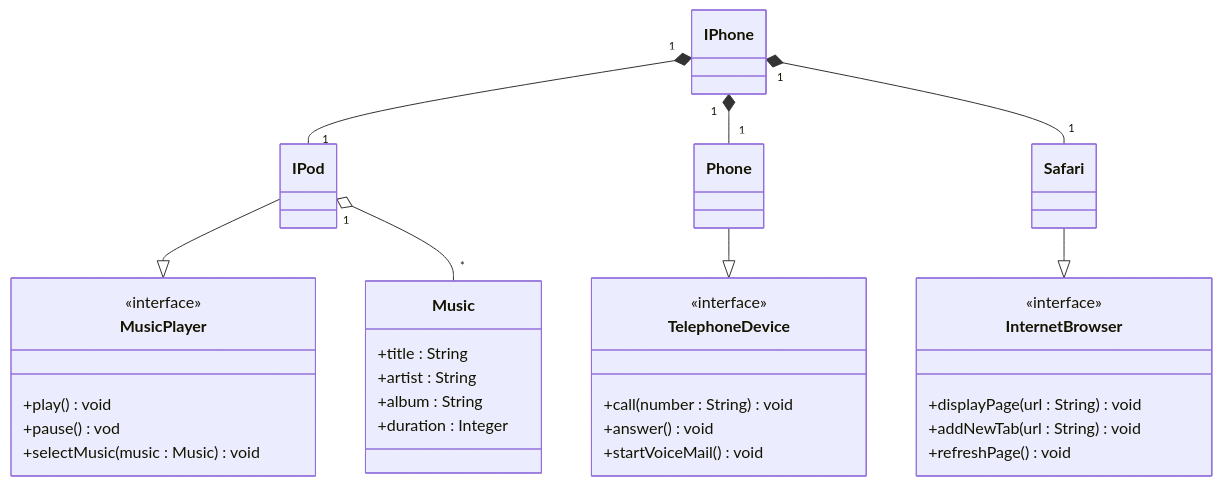
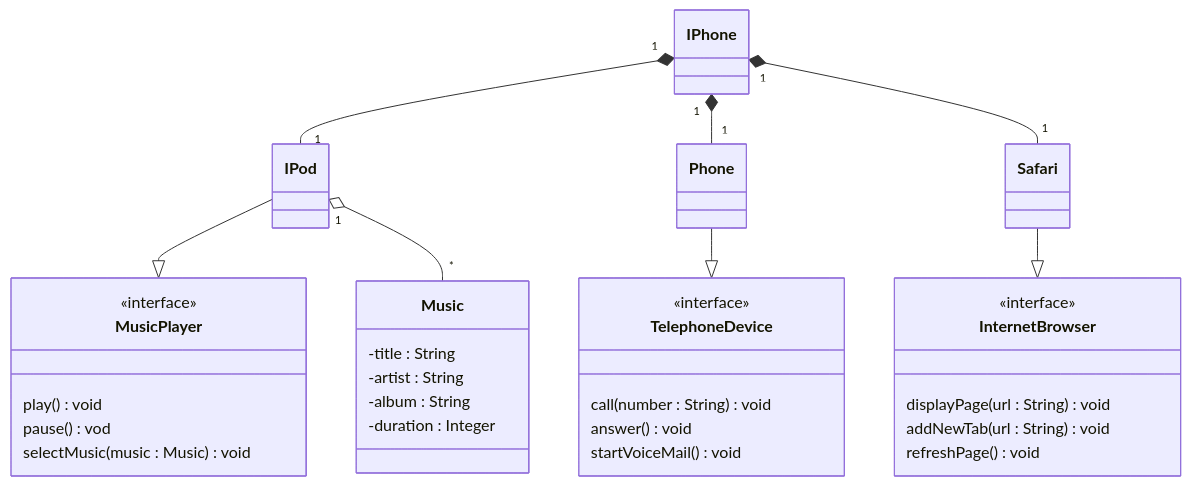
Before and after one commit to kauassilva/dio-lab-poo-iphone: the diagram in README.md, drawn with Mermaid.

````diff
--- a/README.md
+++ b/README.md
@@ -8,38 +8,38 @@
 ```mermaid
 classDiagram
 
-  class Music {
-				+title : String
-				+artist : String
-				+album : String
-				+duration : Integer
-		}
+	class Music {
+		-title : String
+		-artist : String
+		-album : String
+		-duration : Integer
+	}
 	  class MusicPlayer {
-			  <<interface>>
-	      +play() void
-	      +pause() vod
-	      +selectMusic(music : Music) void
+	  	<<interface>>
+	      	play() void
+	      	pause() vod
+	      	selectMusic(music : Music) void
 	  }
 	  class TelephoneDevice {
-			  <<interface>>
-	      +call(number : String) void
-	      +answer() void
-	      +startVoiceMail() void
+		<<interface>>
+	      	call(number : String) void
+	      	answer() void
+	      	startVoiceMail() void
 	  }
 	  class InternetBrowser {
-			  <<interface>>
-	      +displayPage(url : String) void
-	      +addNewTab(url : String) void
-	      +refreshPage() void
+		<<interface>>
+	      	displayPage(url : String) void
+	      	addNewTab(url : String) void
+	      	refreshPage() void
 	  }
-	  
+  
 	  IPod --|> MusicPlayer
 	  IPod "1" o-- "*" Music
 	  
 	  Phone --|> TelephoneDevice
 	  Safari --|> InternetBrowser
 	  
 	  IPhone "1" *-- "1" IPod
 	  IPhone "1" *-- "1" Phone
 	  IPhone "1" *-- "1" Safari
 ```
````
